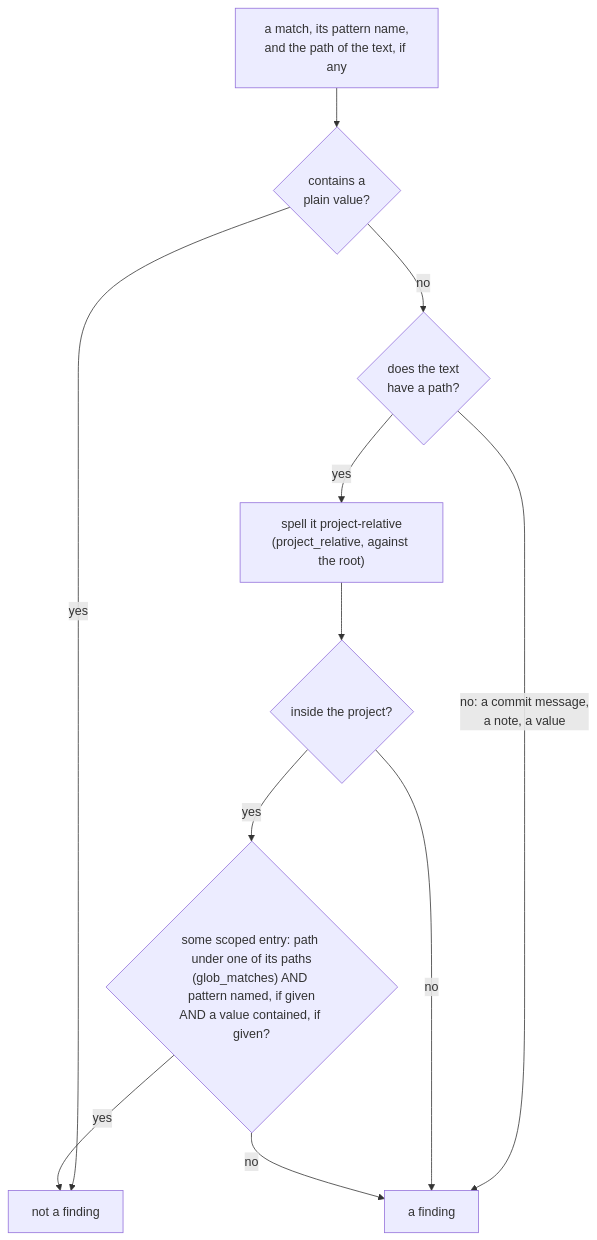
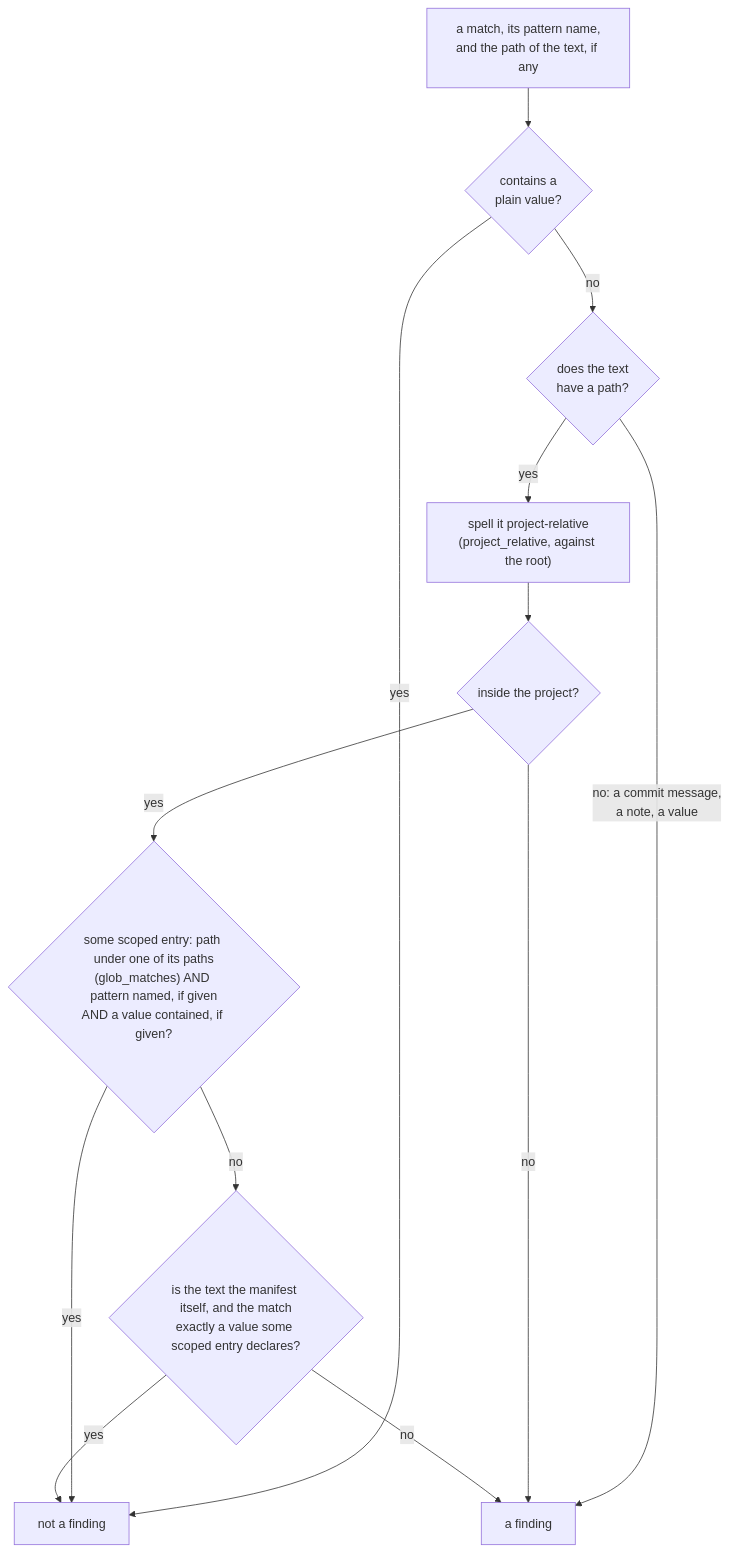
One commit to Mindchallenges/Invariant changed the fourth of 10 diagrams in docs/architecture/manifest.md. Above: the diagram before and after it, drawn with Mermaid. The commit also changed other lines of this file and 7 other files, not shown here.

````diff
--- a/docs/architecture/manifest.md
+++ b/docs/architecture/manifest.md
@@ -739,13 +739,15 @@
 ```mermaid
 graph TD
     M["a match, its pattern name,<br/>and the path of the text, if any"] --> V{"contains a<br/>plain value?"}
     V -- yes --> X["not a finding"]
     V -- no --> P{"does the text<br/>have a path?"}
     P -- "no: a commit message,<br/>a note, a value" --> F["a finding"]
     P -- yes --> R["spell it project-relative<br/>(project_relative, against the root)"]
     R --> O{"inside the project?"}
     O -- no --> F
     O -- yes --> E{"some scoped entry: path under one of its paths<br/>(glob_matches) AND pattern named, if given<br/>AND a value contained, if given?"}
     E -- yes --> X
-    E -- no --> F
+    E -- no --> D{"is the text the manifest itself, and the match<br/>exactly a value some scoped entry declares?"}
+    D -- yes --> X
+    D -- no --> F
 ```
````
